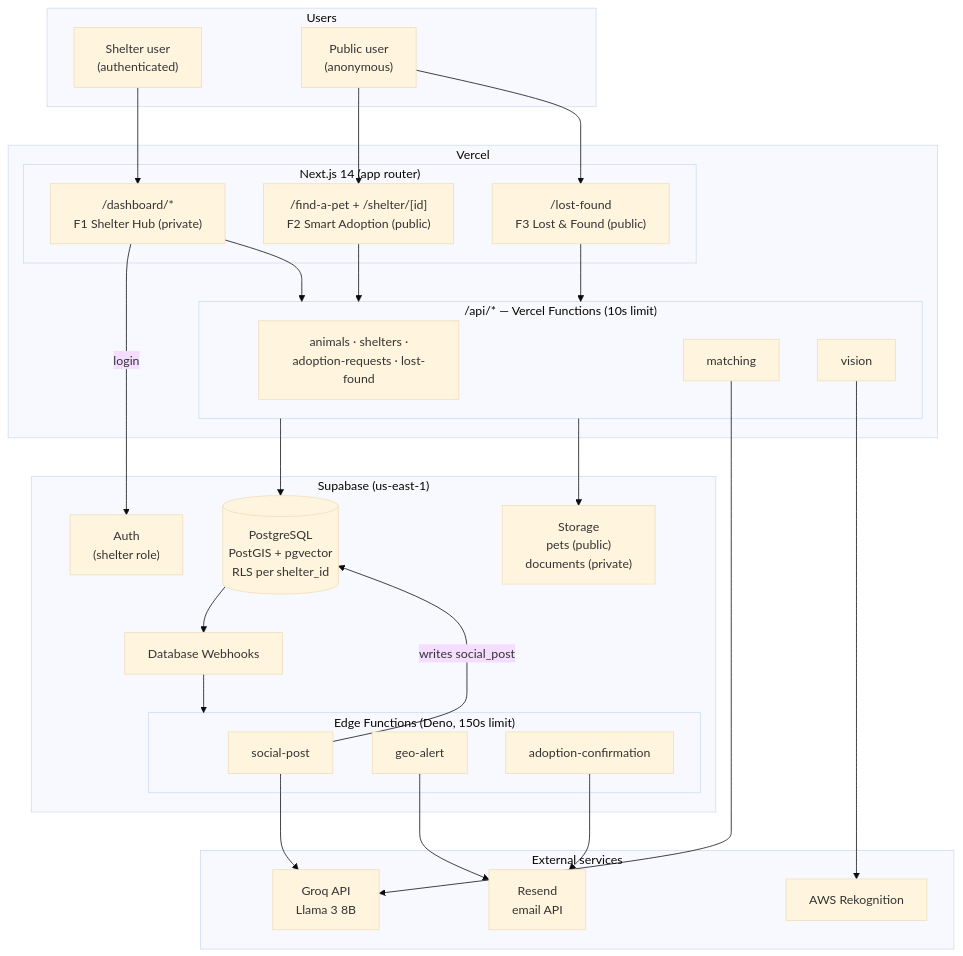
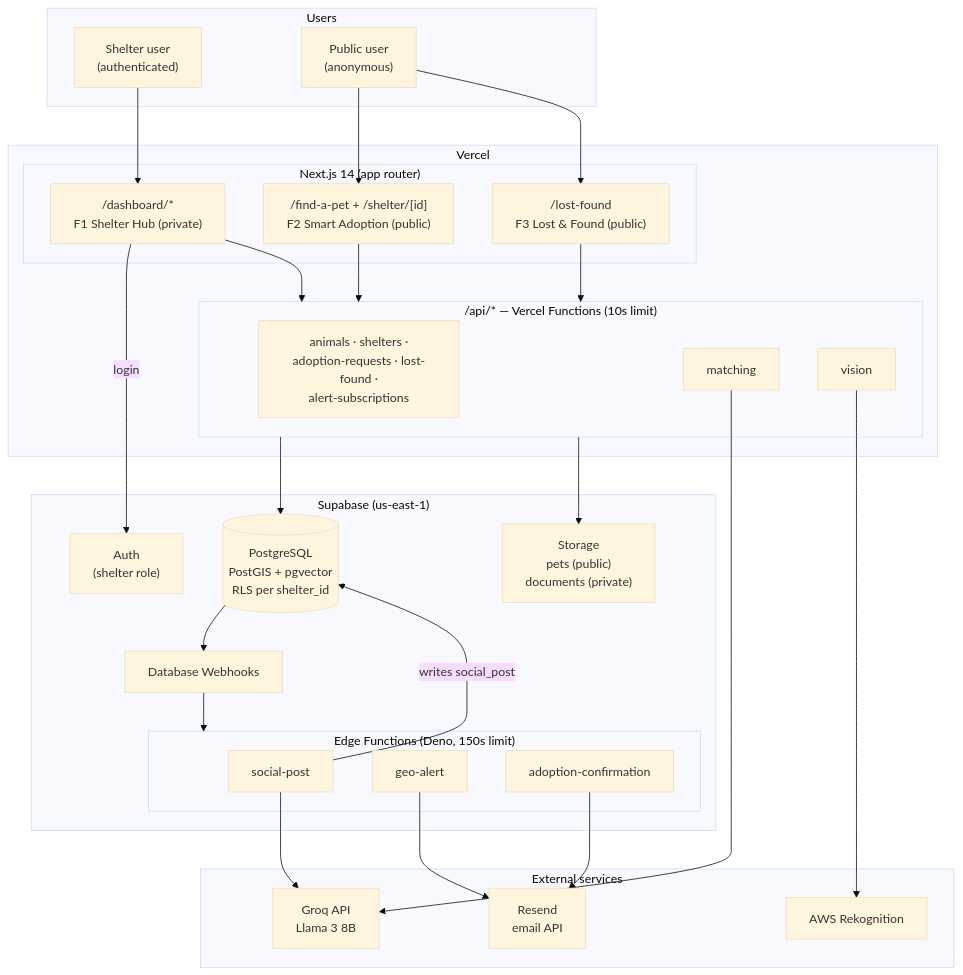
The first of 6 diagrams in docs/architecture.md (gamp92/pawlink), drawn with Mermaid (base theme) before and after one commit. The commit also changed other lines of this file, not shown here.

First line of the commit message:
Add feature → endpoint → table map; sync diagrams with no-account update

````diff
--- a/docs/architecture.md
+++ b/docs/architecture.md
@@ -13,59 +13,59 @@
 ```mermaid
 flowchart TB
     subgraph Users
         shelter["Shelter user<br/>(authenticated)"]
         public["Public user<br/>(anonymous)"]
     end
 
     subgraph Vercel["Vercel"]
         subgraph next["Next.js 14 (app router)"]
             hub["/dashboard/*<br/>F1 Shelter Hub (private)"]
             findapet["/find-a-pet + /shelter/[id]<br/>F2 Smart Adoption (public)"]
             lostfound["/lost-found<br/>F3 Lost & Found (public)"]
         end
         subgraph api["/api/* — Vercel Functions (10s limit)"]
-            apiCrud["animals · shelters ·<br/>adoption-requests · lost-found"]
+            apiCrud["animals · shelters ·<br/>adoption-requests · lost-found ·<br/>alert-subscriptions"]
             apiMatching["matching"]
             apiVision["vision"]
         end
     end
 
     subgraph Supabase["Supabase (us-east-1)"]
         auth["Auth<br/>(shelter role)"]
         db[("PostgreSQL<br/>PostGIS + pgvector<br/>RLS per shelter_id")]
         storage["Storage<br/>pets (public)<br/>documents (private)"]
         webhooks["Database Webhooks"]
         subgraph edge["Edge Functions (Deno, 150s limit)"]
             efSocial["social-post"]
             efGeo["geo-alert"]
             efAdopt["adoption-confirmation"]
         end
     end
 
     subgraph External["External services"]
         groq["Groq API<br/>Llama 3 8B"]
         rekognition["AWS Rekognition"]
         resend["Resend<br/>email API"]
     end
 
     shelter --> hub
     public --> findapet
     public --> lostfound
 
     hub --> api
     findapet --> api
     lostfound --> api
 
     hub -->|login| auth
     api --> db
     api --> storage
     apiMatching --> groq
     apiVision --> rekognition
 
     db --> webhooks
     webhooks --> edge
     efSocial --> groq
     efGeo --> resend
     efAdopt --> resend
     efSocial -->|writes social_post| db
 ```
````
